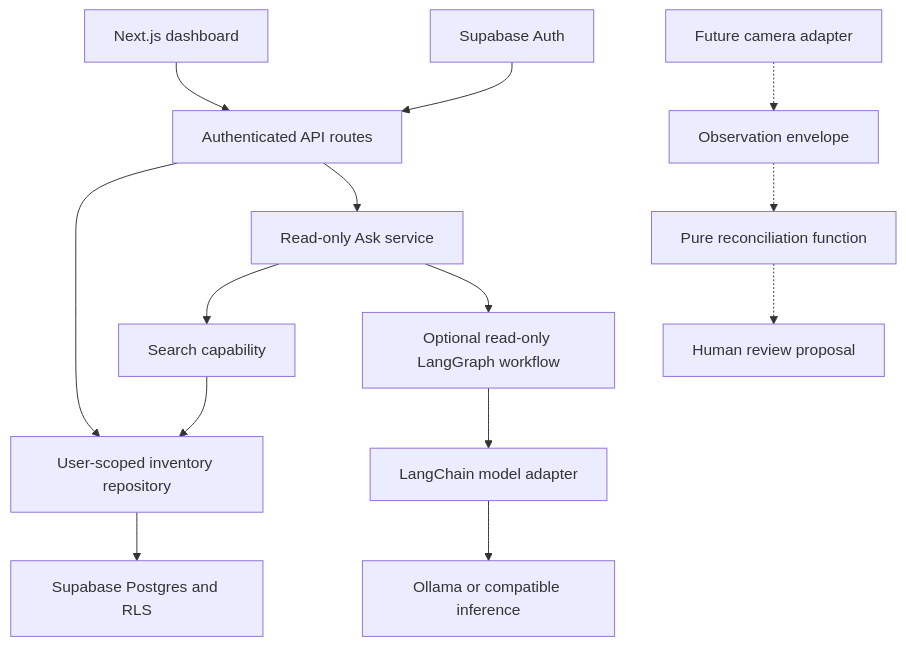
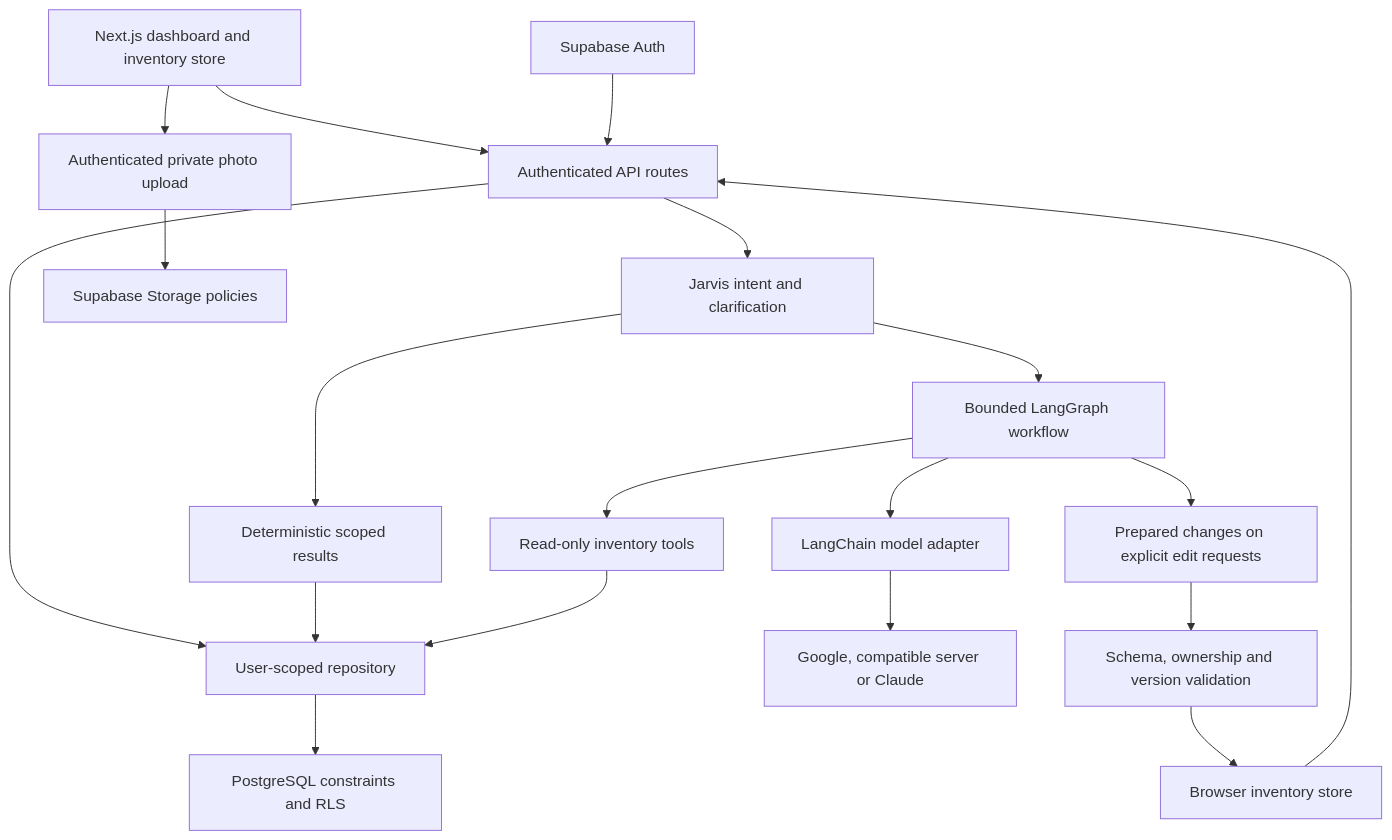
Before and after one commit to PaperTop/inventory: the diagram in README.md, drawn with Mermaid. The commit also changed other lines of this file and 13 other files, not shown here.

First line of the commit message:
Add focused Jarvis trip clarification and technical project guide

````diff
--- a/README.md
+++ b/README.md
@@ -23,16 +11,21 @@
 ```mermaid
 flowchart TD
-    UI[Next.js dashboard] --> API[Authenticated API routes]
-    API --> Repo[User-scoped inventory repository]
-    Repo --> DB[Supabase Postgres and RLS]
+    UI[Next.js dashboard and inventory store] --> API[Authenticated API routes]
     Auth[Supabase Auth] --> API
-    API --> Ask[Read-only Ask service]
-    Ask --> Reader[Search capability]
+    API --> Repo[User-scoped repository]
+    Repo --> DB[PostgreSQL constraints and RLS]
+    API --> Ask[Jarvis intent and clarification]
+    Ask --> Scope[Deterministic scoped results]
+    Scope --> Repo
+    Ask --> Graph[Bounded LangGraph workflow]
+    Graph --> Reader[Read-only inventory tools]
     Reader --> Repo
-    Ask --> Graph[Optional read-only LangGraph workflow]
     Graph --> Provider[LangChain model adapter]
-    Provider --> Inference[Ollama or compatible inference]
-    Vision[Future camera adapter] -.-> Observation[Observation envelope]
-    Observation -.-> Reconcile[Pure reconciliation function]
-    Reconcile -.-> Review[Human review proposal]
+    Provider --> Inference[Google, compatible server or Claude]
+    Graph --> Prepared[Prepared changes on explicit edit requests]
+    Prepared --> Validate[Schema, ownership and version validation]
+    Validate --> Store[Browser inventory store]
+    Store --> API
+    UI --> Upload[Authenticated private photo upload]
+    Upload --> Storage[Supabase Storage policies]
 ```
````
